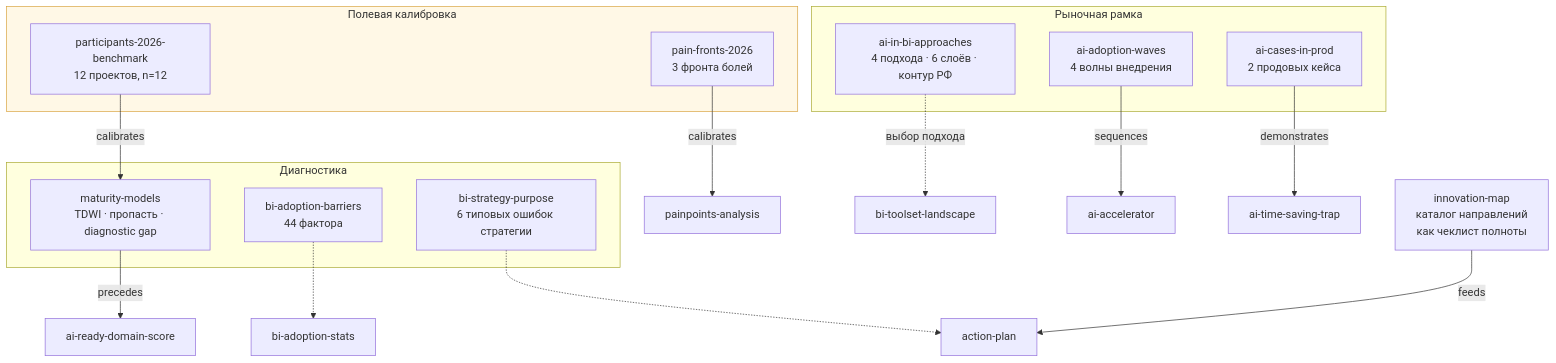
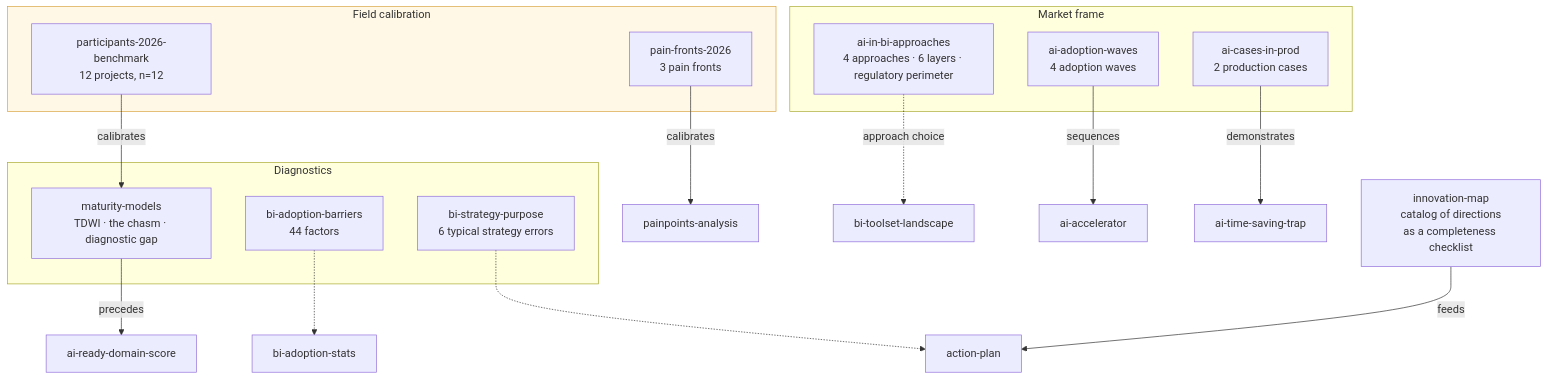
The tenth of 10 diagrams in references/kb/30-graph.md (alexbarakov/BI-strategy-self-consulting-agent), drawn with Mermaid before and after one commit. The commit also changed other lines of this file, not shown here.

Commit message:
Translate the visual theme graph (batch 3, part 2)

````diff
--- a/references/kb/30-graph.md
+++ b/references/kb/30-graph.md
@@ -219,30 +219,30 @@
 ```mermaid
 flowchart TB
-  subgraph field["Полевая калибровка"]
-    PB["participants-2026-benchmark<br/>12 проектов, n=12"]
-    PF["pain-fronts-2026<br/>3 фронта болей"]
+  subgraph field["Field calibration"]
+    PB["participants-2026-benchmark<br/>12 projects, n=12"]
+    PF["pain-fronts-2026<br/>3 pain fronts"]
   end
-  subgraph diag["Диагностика"]
-    MM["maturity-models<br/>TDWI · пропасть · diagnostic gap"]
-    BAB["bi-adoption-barriers<br/>44 фактора"]
-    BSP["bi-strategy-purpose<br/>6 типовых ошибок стратегии"]
+  subgraph diag["Diagnostics"]
+    MM["maturity-models<br/>TDWI · the chasm · diagnostic gap"]
+    BAB["bi-adoption-barriers<br/>44 factors"]
+    BSP["bi-strategy-purpose<br/>6 typical strategy errors"]
   end
-  subgraph market["Рыночная рамка"]
-    AIB["ai-in-bi-approaches<br/>4 подхода · 6 слоёв · контур РФ"]
-    AAW["ai-adoption-waves<br/>4 волны внедрения"]
-    ACP["ai-cases-in-prod<br/>2 продовых кейса"]
+  subgraph market["Market frame"]
+    AIB["ai-in-bi-approaches<br/>4 approaches · 6 layers · regulatory perimeter"]
+    AAW["ai-adoption-waves<br/>4 adoption waves"]
+    ACP["ai-cases-in-prod<br/>2 production cases"]
   end
-  IM["innovation-map<br/>каталог направлений<br/>как чеклист полноты"]
+  IM["innovation-map<br/>catalog of directions<br/>as a completeness checklist"]
 
   PF -->|calibrates| PP["painpoints-analysis"]
   PB -->|calibrates| MM
   MM -->|precedes| SCORE["ai-ready-domain-score"]
   BAB -.-> ADO["bi-adoption-stats"]
   BSP -.-> AP["action-plan"]
-  AIB -.->|выбор подхода| TL["bi-toolset-landscape"]
+  AIB -.->|approach choice| TL["bi-toolset-landscape"]
   AAW -->|sequences| ACC["ai-accelerator"]
   ACP -->|demonstrates| TRAP["ai-time-saving-trap"]
   IM -->|feeds| AP
 
   style field fill:#fff8e6,stroke:#d9a441
 ```
````
